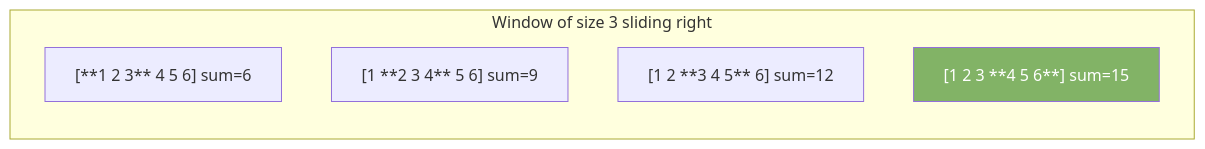
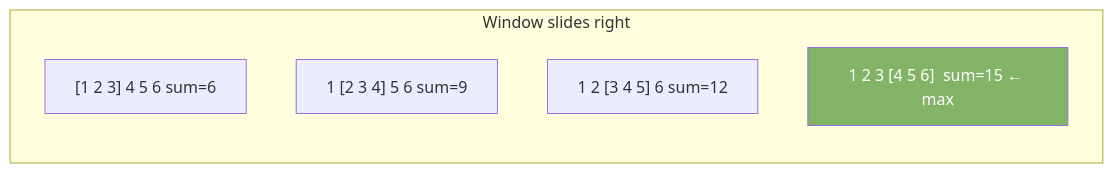
Before and after one commit to valarpirai/software-enginneering: the diagram in docs/41-sliding-window.md, drawn with Mermaid. The commit also changed other lines of this file and 4 other files, not shown here.

````diff
--- a/docs/41-sliding-window.md
+++ b/docs/41-sliding-window.md
@@ -11,10 +35,10 @@
 ```mermaid
 graph LR
-    subgraph "Window of size 3 sliding right"
-    A1["[**1  2  3**  4  5  6]  sum=6"]
-    A2["[1  **2  3  4**  5  6]  sum=9"]
-    A3["[1  2  **3  4  5**  6]  sum=12"]
-    A4["[1  2  3  **4  5  6**]  sum=15"]
+    subgraph "Window slides right"
+    A["[1 2 3] 4 5 6  sum=6"]
+    B["1 [2 3 4] 5 6  sum=9"]
+    C["1 2 [3 4 5] 6  sum=12"]
+    D["1 2 3 [4 5 6]  sum=15 ← max"]
     end
-    style A4 fill:#82b366,color:#fff
+    style D fill:#82b366,color:#fff
 ```
````
